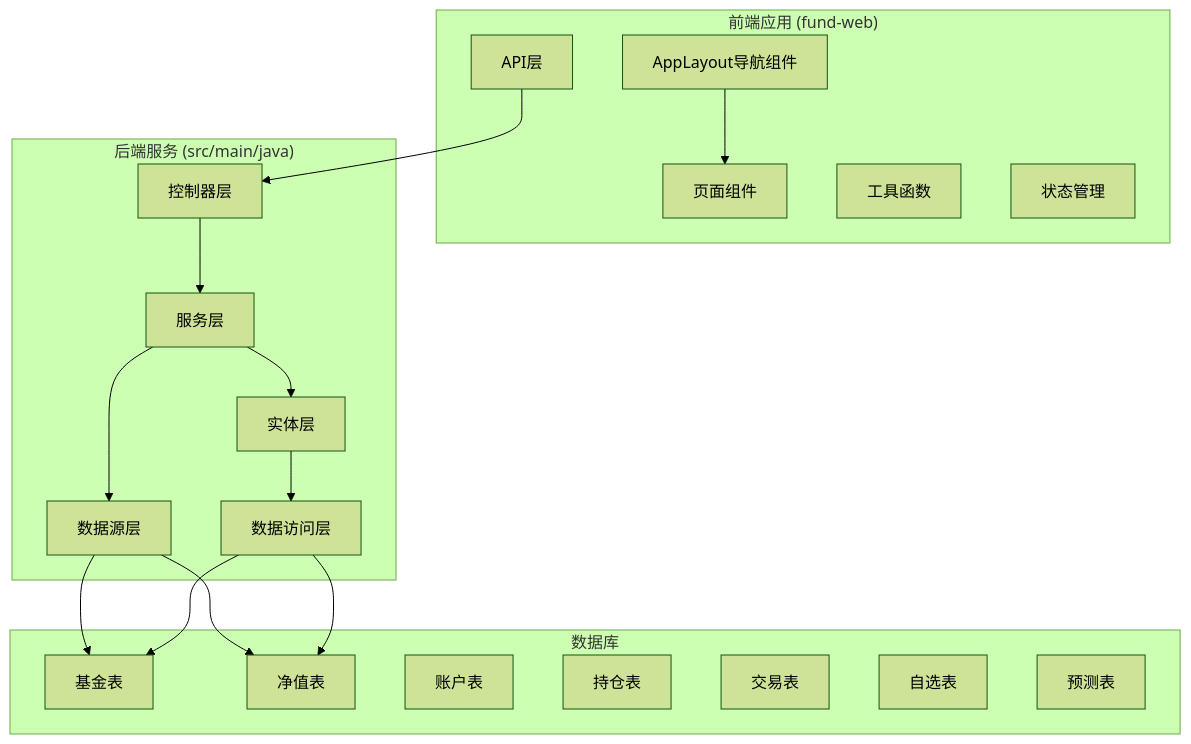
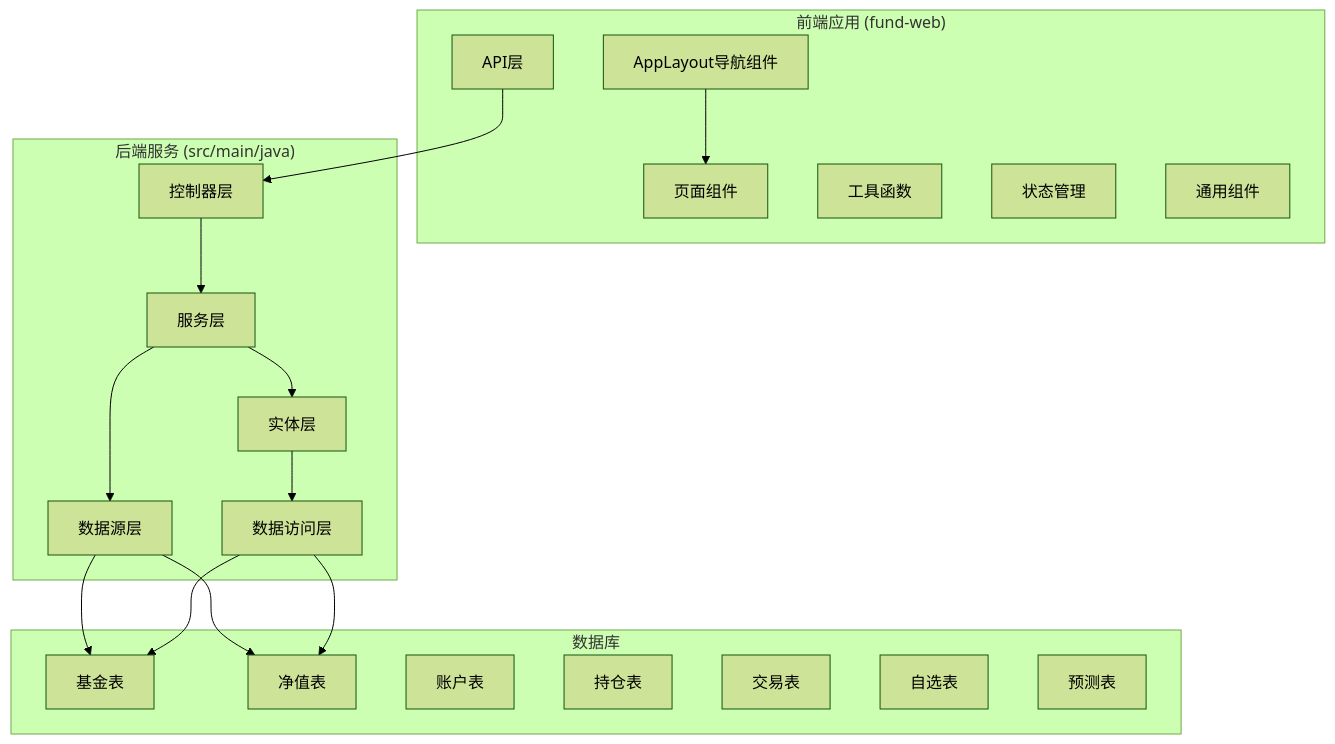
Before and after one commit to gree-coder/fund-butler: the first of 12 diagrams in .qoder/repowiki/zh/content/Fund Detail Enhancement.md, drawn with Mermaid (forest theme). The commit also changed other lines of this file and 21 other files, not shown here.

````diff
--- a/.qoder/repowiki/zh/content/Fund Detail Enhancement.md
+++ b/.qoder/repowiki/zh/content/Fund Detail Enhancement.md
@@ -64,36 +68,37 @@
 ```mermaid
 graph TB
 subgraph "前端应用 (fund-web)"
 FE_LAYOUT[AppLayout导航组件]
 FE_API[API层]
 FE_PAGES[页面组件]
 FE_UTILS[工具函数]
 FE_STORE[状态管理]
+FE_COMPONENTS[通用组件]
 end
 subgraph "后端服务 (src/main/java)"
 BE_CONTROLLER[控制器层]
 BE_SERVICE[服务层]
 BE_DATASOURCE[数据源层]
 BE_ENTITY[实体层]
 BE_MAPPER[数据访问层]
 end
 subgraph "数据库"
 DB_FUND[基金表]
 DB_NAV[净值表]
 DB_ACCOUNT[账户表]
 DB_POSITION[持仓表]
 DB_TRANSACTION[交易表]
 DB_WATCHLIST[自选表]
 DB_PREDICTION[预测表]
 end
 FE_LAYOUT --> FE_PAGES
 FE_API --> BE_CONTROLLER
 BE_CONTROLLER --> BE_SERVICE
 BE_SERVICE --> BE_DATASOURCE
 BE_DATASOURCE --> DB_FUND
 BE_DATASOURCE --> DB_NAV
 BE_SERVICE --> BE_ENTITY
 BE_ENTITY --> BE_MAPPER
 BE_MAPPER --> DB_FUND
 BE_MAPPER --> DB_NAV
 ```
````
